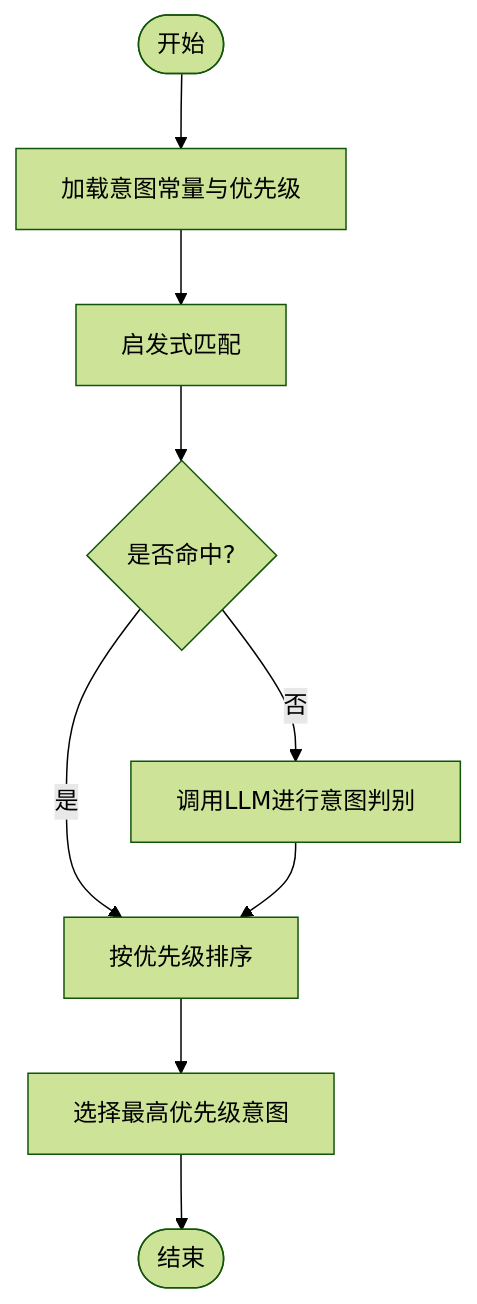
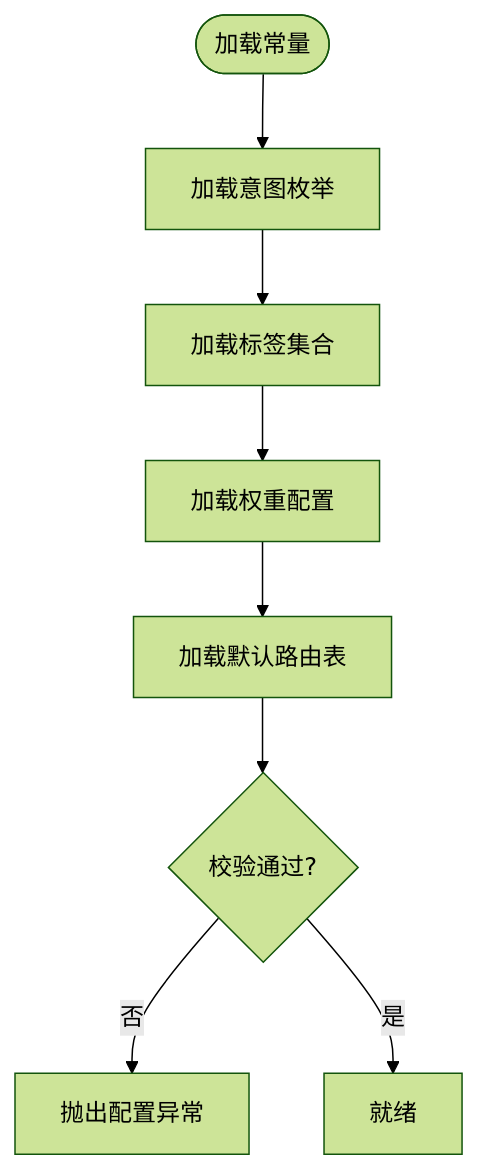
Before and after one commit to zmdhdu/NexusCockpit: the third of 7 diagrams in .qoder/repowiki/zh/content/核心模块设计/AI Agent系统/意图识别与路由/意图常量定义.md, drawn with Mermaid (forest theme). The commit also changed other lines of this file and 23 other files, not shown here.

````diff
--- a/.qoder/repowiki/zh/content/核心模块设计/AI Agent系统/意图识别与路由/意图常量定义.md
+++ b/.qoder/repowiki/zh/content/核心模块设计/AI Agent系统/意图识别与路由/意图常量定义.md
@@ -171,11 +135,10 @@
 ```mermaid
 flowchart TD
-Start(["开始"]) --> LoadConst["加载意图常量与优先级"]
-LoadConst --> HeurMatch["启发式匹配"]
-HeurMatch --> HeurHit{"是否命中?"}
-HeurHit --> |是| Rank["按优先级排序"]
-HeurHit --> |否| LLMCall["调用LLM进行意图判别"]
-LLMCall --> Rank
-Rank --> Select["选择最高优先级意图"]
-Select --> End(["结束"])
+Start(["加载常量"]) --> LoadEnum["加载意图枚举"]
+LoadEnum --> LoadTags["加载标签集合"]
+LoadTags --> LoadWeights["加载权重配置"]
+LoadWeights --> LoadRouter["加载默认路由表"]
+LoadRouter --> Validate{"校验通过?"}
+Validate --> |否| RaiseErr["抛出配置异常"]
+Validate --> |是| Ready["就绪"]
 ```
````
